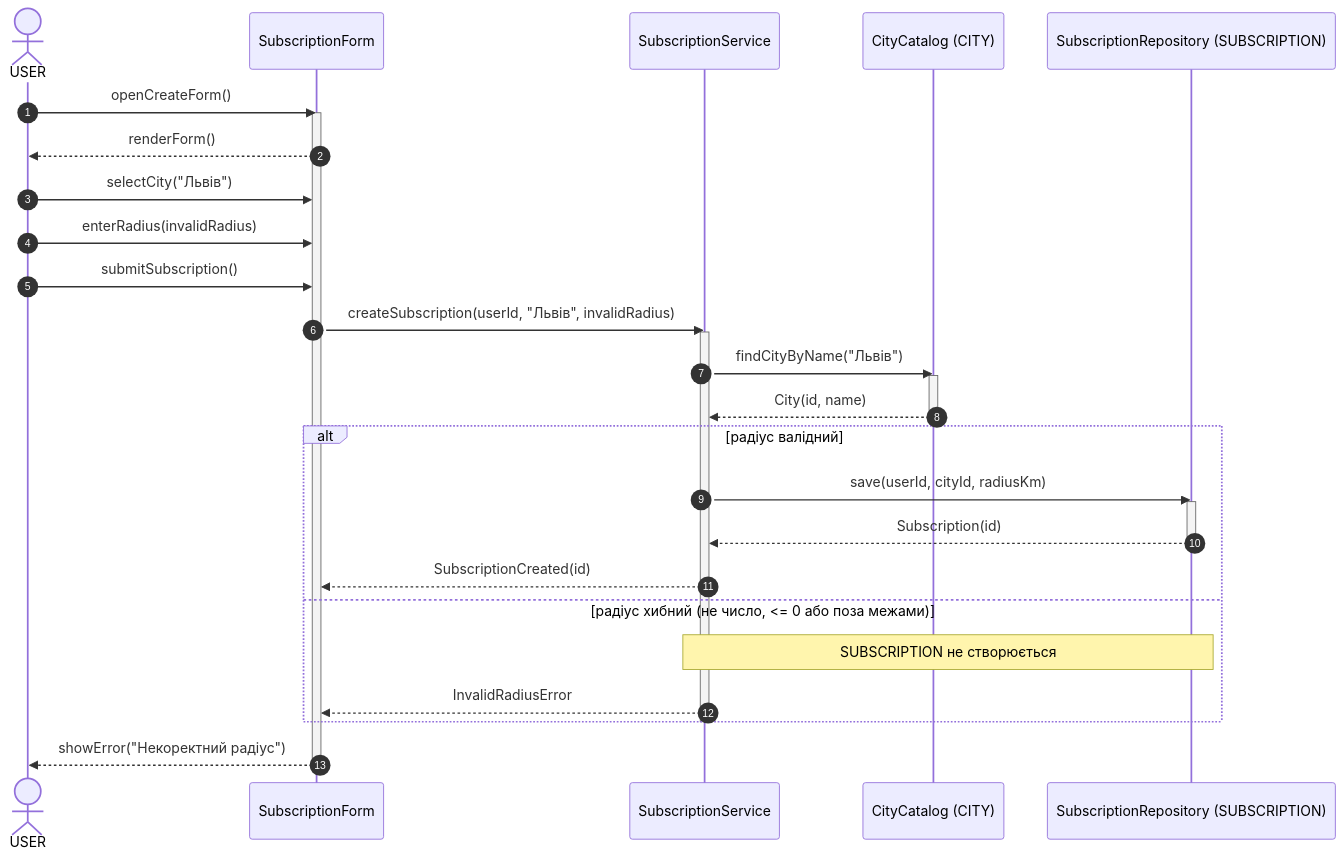
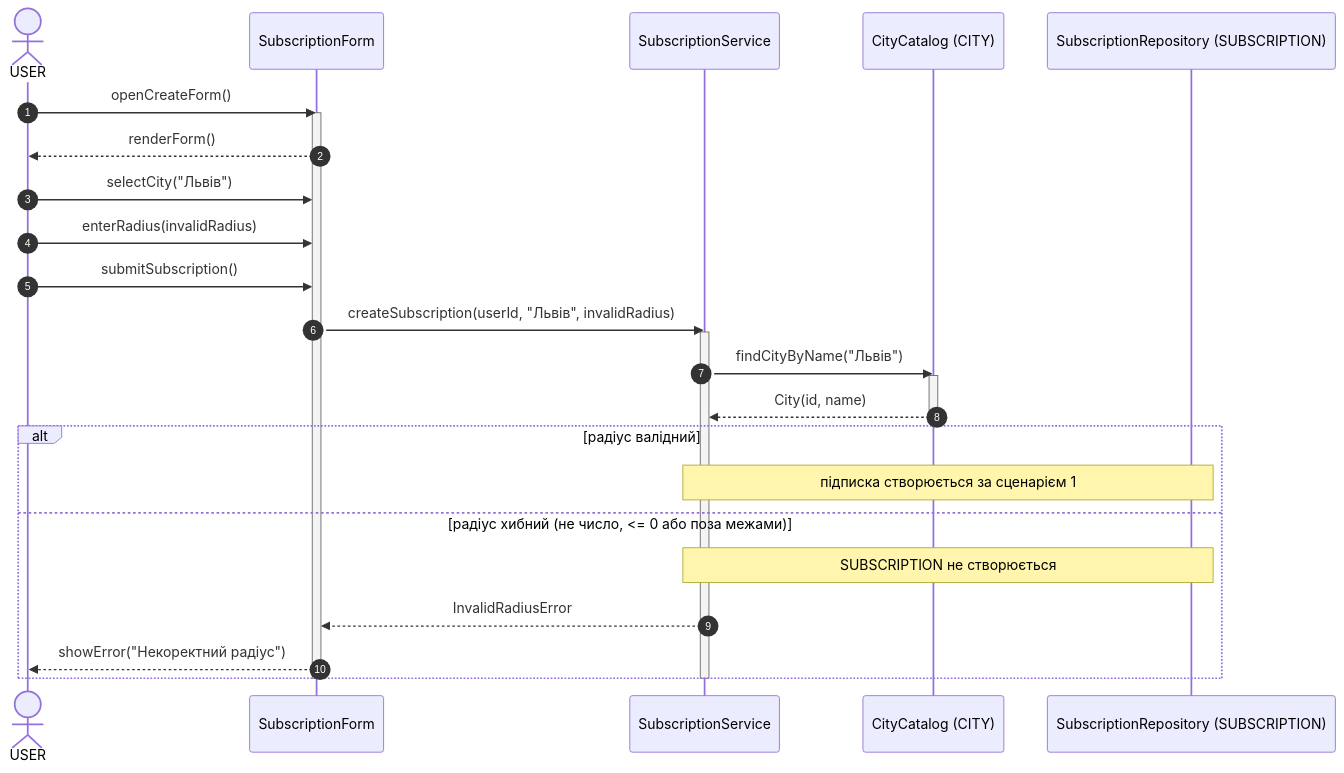
The diagram in lab3/scenario2.mmd (acabzonbi/aerial-target-track1), drawn with Mermaid before and after one commit. The commit also changed 3 other files, not shown here.

```diff
--- a/lab3/scenario2.mmd
+++ b/lab3/scenario2.mmd
@@ -1,35 +1,31 @@
 sequenceDiagram
     autonumber
     actor U as USER
     participant F as SubscriptionForm
     participant S as SubscriptionService
     participant C as CityCatalog (CITY)
     participant R as SubscriptionRepository (SUBSCRIPTION)
 
     U->>F: openCreateForm()
     activate F
     F-->>U: renderForm()
     U->>F: selectCity("Львів")
     U->>F: enterRadius(invalidRadius)
     U->>F: submitSubscription()
     F->>S: createSubscription(userId, "Львів", invalidRadius)
     activate S
     S->>C: findCityByName("Львів")
     activate C
     C-->>S: City(id, name)
     deactivate C
 
     alt радіус валідний
-        S->>R: save(userId, cityId, radiusKm)
-        activate R
-        R-->>S: Subscription(id)
-        deactivate R
-        S-->>F: SubscriptionCreated(id)
+        Note over S,R: підписка створюється за сценарієм 1
     else радіус хибний (не число, <= 0 або поза межами)
         Note over S,R: SUBSCRIPTION не створюється
         S-->>F: InvalidRadiusError
+        F-->>U: showError("Некоректний радіус")
     end
 
     deactivate S
-    F-->>U: showError("Некоректний радіус")
     deactivate F
```
